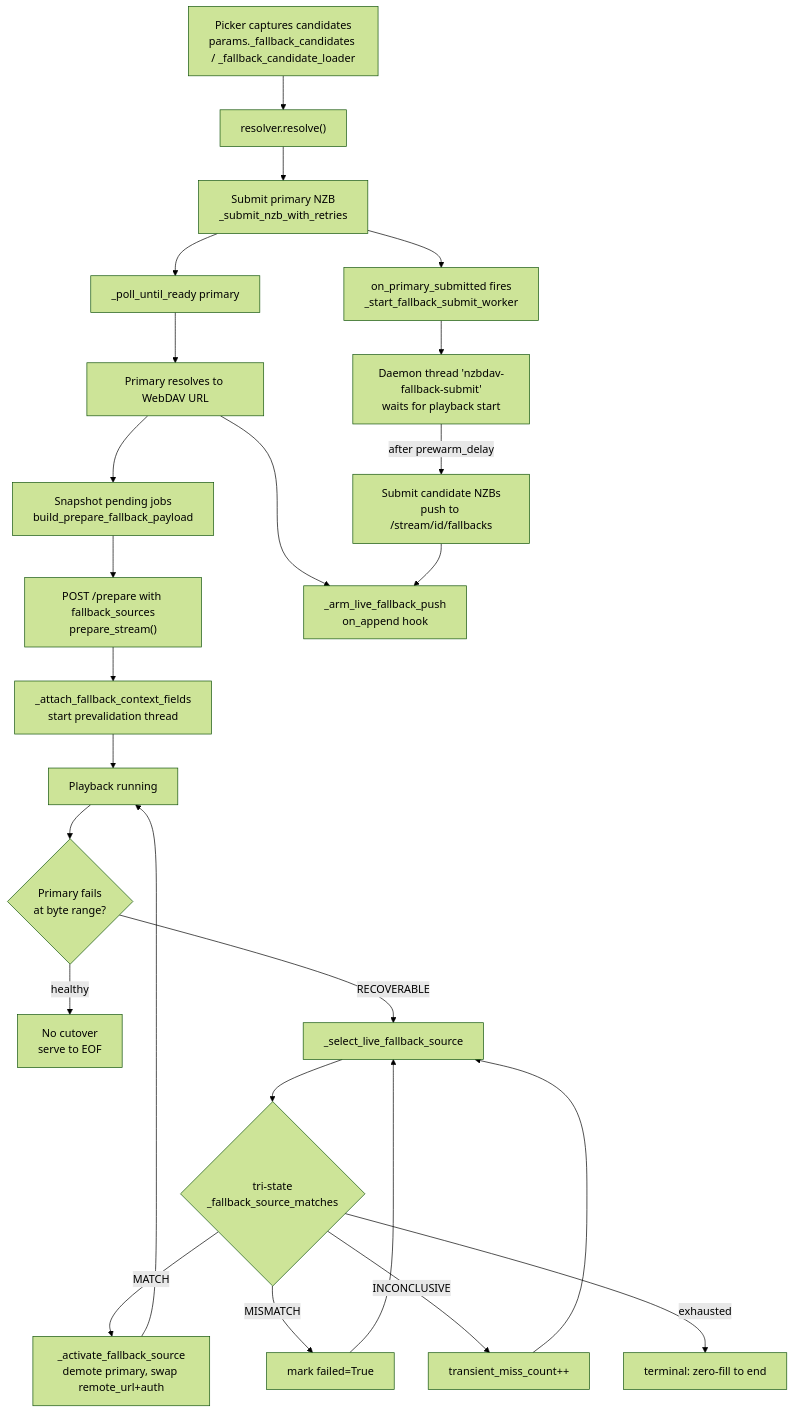
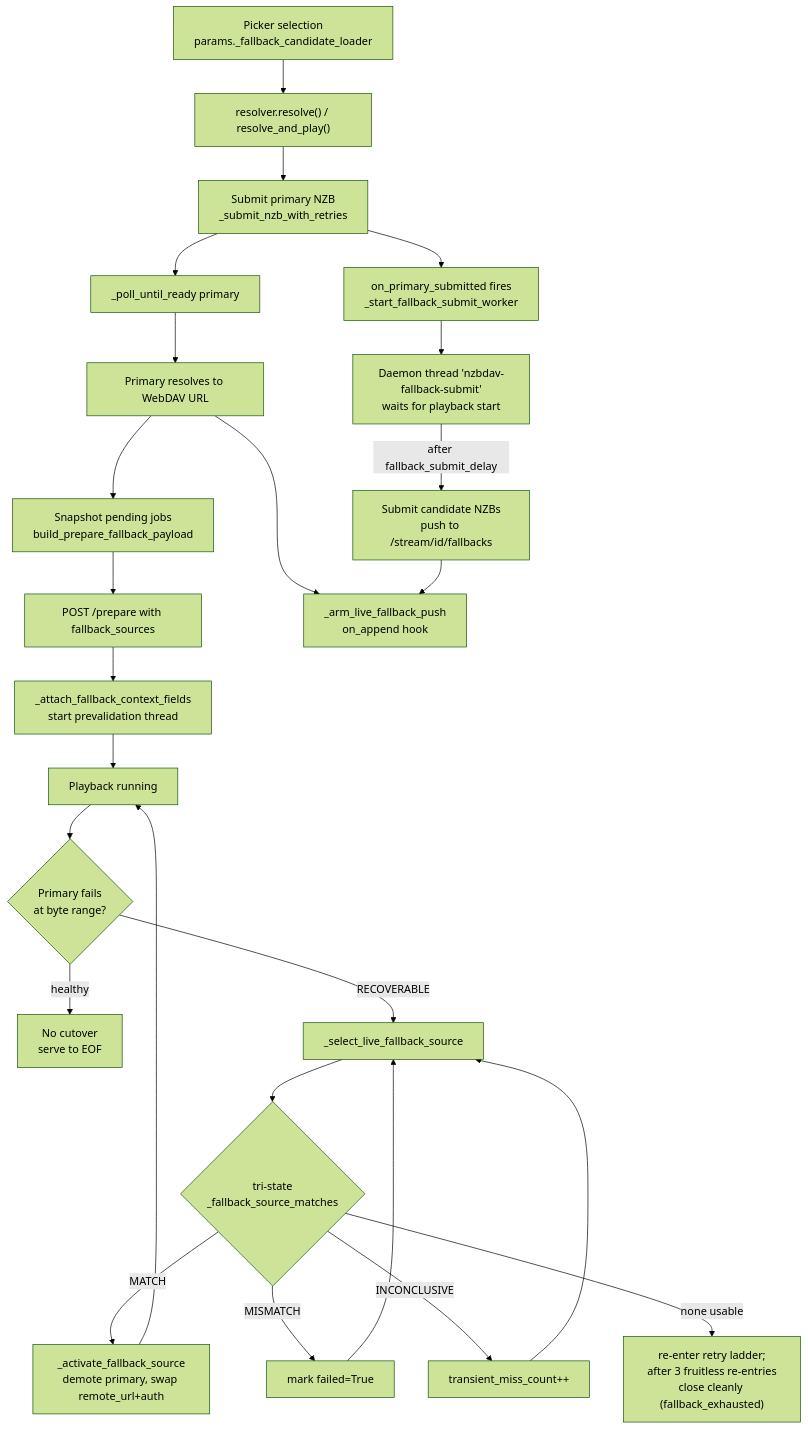
One commit to Appz4Fun/nzbdavkodi changed the first of 2 diagrams in FALLBACK_INFO.md. Above: the diagram before and after it, drawn with Mermaid (forest theme). The commit also changed other lines of this file and 38 other files, not shown here.

````diff
--- a/FALLBACK_INFO.md
+++ b/FALLBACK_INFO.md
@@ -27,27 +42,27 @@
 ```mermaid
 flowchart TD
-    A["Picker captures candidates<br/>params._fallback_candidates / _fallback_candidate_loader"] --> B["resolver.resolve()"]
+    A["Picker selection<br/>params._fallback_candidate_loader"] --> B["resolver.resolve() / resolve_and_play()"]
     B --> C["Submit primary NZB<br/>_submit_nzb_with_retries"]
     C --> D["on_primary_submitted fires<br/>_start_fallback_submit_worker"]
     D --> E["Daemon thread 'nzbdav-fallback-submit'<br/>waits for playback start"]
     C --> F["_poll_until_ready primary"]
     F --> G["Primary resolves to WebDAV URL"]
     G --> H["Snapshot pending jobs<br/>build_prepare_fallback_payload"]
-    H --> I["POST /prepare with fallback_sources<br/>prepare_stream()"]
+    H --> I["POST /prepare with fallback_sources"]
     I --> J["_attach_fallback_context_fields<br/>start prevalidation thread"]
     G --> K["_arm_live_fallback_push<br/>on_append hook"]
     J --> L["Playback running"]
-    E -->|"after prewarm_delay"| M["Submit candidate NZBs<br/>push to /stream/id/fallbacks"]
+    E -->|"after fallback_submit_delay"| M["Submit candidate NZBs<br/>push to /stream/id/fallbacks"]
     M --> K
     L --> N{"Primary fails<br/>at byte range?"}
     N -->|"healthy"| O["No cutover<br/>serve to EOF"]
     N -->|"RECOVERABLE"| P["_select_live_fallback_source"]
     P --> Q{"tri-state<br/>_fallback_source_matches"}
     Q -->|"MATCH"| R["_activate_fallback_source<br/>demote primary, swap remote_url+auth"]
     Q -->|"MISMATCH"| S["mark failed=True"]
     Q -->|"INCONCLUSIVE"| T["transient_miss_count++"]
     R --> L
     S --> P
     T --> P
-    Q -->|"exhausted"| U["terminal: zero-fill to end"]
+    Q -->|"none usable"| U["re-enter retry ladder;<br/>after 3 fruitless re-entries<br/>close cleanly (fallback_exhausted)"]
 ```
````
